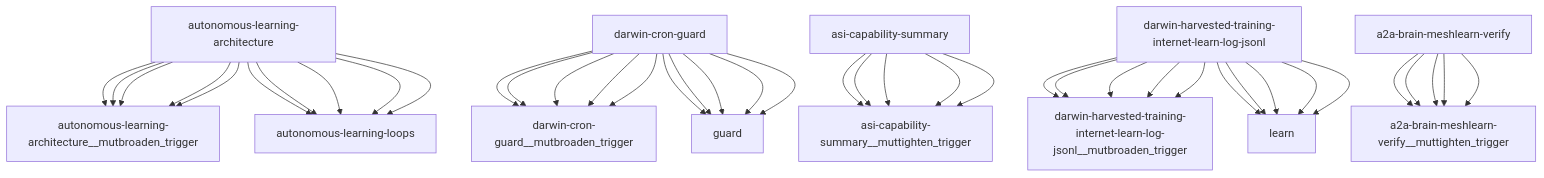
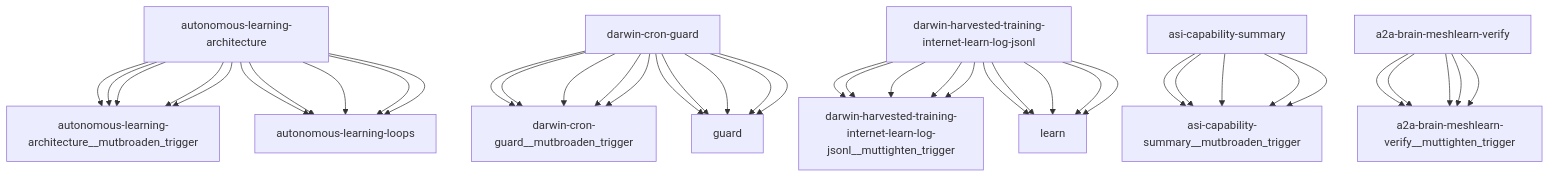
The diagram in reports/darwin-report.md (openamer-max/max-scripts), drawn with Mermaid before and after one commit. The commit also changed other lines of this file and 8 other files, not shown here.

````diff
--- a/reports/darwin-report.md
+++ b/reports/darwin-report.md
@@ -75,43 +75,43 @@
 ```mermaid
 graph TD
     autonomous-learning-architecture["autonomous-learning-architecture"] --> autonomous-learning-architecture__mutbroaden_trigger["autonomous-learning-architecture__mutbroaden_trigger"]
     darwin-cron-guard["darwin-cron-guard"] --> darwin-cron-guard__mutbroaden_trigger["darwin-cron-guard__mutbroaden_trigger"]
-    asi-capability-summary["asi-capability-summary"] --> asi-capability-summary__muttighten_trigger["asi-capability-summary__muttighten_trigger"]
-    darwin-harvested-training-internet-learn-log-jsonl["darwin-harvested-training-internet-learn-log-jsonl"] --> darwin-harvested-training-internet-learn-log-jsonl__mutbroaden_trigger["darwin-harvested-training-internet-learn-log-jsonl__mutbroaden_trigger"]
+    darwin-harvested-training-internet-learn-log-jsonl["darwin-harvested-training-internet-learn-log-jsonl"] --> darwin-harvested-training-internet-learn-log-jsonl__muttighten_trigger["darwin-harvested-training-internet-learn-log-jsonl__muttighten_trigger"]
+    asi-capability-summary["asi-capability-summary"] --> asi-capability-summary__mutbroaden_trigger["asi-capability-summary__mutbroaden_trigger"]
     a2a-brain-meshlearn-verify["a2a-brain-meshlearn-verify"] --> a2a-brain-meshlearn-verify__muttighten_trigger["a2a-brain-meshlearn-verify__muttighten_trigger"]
     autonomous-learning-architecture["autonomous-learning-architecture"] --> autonomous-learning-loops["autonomous-learning-loops"]
     darwin-cron-guard["darwin-cron-guard"] --> guard["guard"]
     darwin-harvested-training-internet-learn-log-jsonl["darwin-harvested-training-internet-learn-log-jsonl"] --> learn["learn"]
     autonomous-learning-architecture["autonomous-learning-architecture"] --> autonomous-learning-architecture__mutbroaden_trigger["autonomous-learning-architecture__mutbroaden_trigger"]
     darwin-cron-guard["darwin-cron-guard"] --> darwin-cron-guard__mutbroaden_trigger["darwin-cron-guard__mutbroaden_trigger"]
-    asi-capability-summary["asi-capability-summary"] --> asi-capability-summary__muttighten_trigger["asi-capability-summary__muttighten_trigger"]
-    darwin-harvested-training-internet-learn-log-jsonl["darwin-harvested-training-internet-learn-log-jsonl"] --> darwin-harvested-training-internet-learn-log-jsonl__mutbroaden_trigger["darwin-harvested-training-internet-learn-log-jsonl__mutbroaden_trigger"]
+    darwin-harvested-training-internet-learn-log-jsonl["darwin-harvested-training-internet-learn-log-jsonl"] --> darwin-harvested-training-internet-learn-log-jsonl__muttighten_trigger["darwin-harvested-training-internet-learn-log-jsonl__muttighten_trigger"]
+    asi-capability-summary["asi-capability-summary"] --> asi-capability-summary__mutbroaden_trigger["asi-capability-summary__mutbroaden_trigger"]
     a2a-brain-meshlearn-verify["a2a-brain-meshlearn-verify"] --> a2a-brain-meshlearn-verify__muttighten_trigger["a2a-brain-meshlearn-verify__muttighten_trigger"]
     autonomous-learning-architecture["autonomous-learning-architecture"] --> autonomous-learning-loops["autonomous-learning-loops"]
     darwin-cron-guard["darwin-cron-guard"] --> guard["guard"]
     darwin-harvested-training-internet-learn-log-jsonl["darwin-harvested-training-internet-learn-log-jsonl"] --> learn["learn"]
     autonomous-learning-architecture["autonomous-learning-architecture"] --> autonomous-learning-architecture__mutbroaden_trigger["autonomous-learning-architecture__mutbroaden_trigger"]
     darwin-cron-guard["darwin-cron-guard"] --> darwin-cron-guard__mutbroaden_trigger["darwin-cron-guard__mutbroaden_trigger"]
-    asi-capability-summary["asi-capability-summary"] --> asi-capability-summary__muttighten_trigger["asi-capability-summary__muttighten_trigger"]
-    darwin-harvested-training-internet-learn-log-jsonl["darwin-harvested-training-internet-learn-log-jsonl"] --> darwin-harvested-training-internet-learn-log-jsonl__mutbroaden_trigger["darwin-harvested-training-internet-learn-log-jsonl__mutbroaden_trigger"]
+    darwin-harvested-training-internet-learn-log-jsonl["darwin-harvested-training-internet-learn-log-jsonl"] --> darwin-harvested-training-internet-learn-log-jsonl__muttighten_trigger["darwin-harvested-training-internet-learn-log-jsonl__muttighten_trigger"]
+    asi-capability-summary["asi-capability-summary"] --> asi-capability-summary__mutbroaden_trigger["asi-capability-summary__mutbroaden_trigger"]
     a2a-brain-meshlearn-verify["a2a-brain-meshlearn-verify"] --> a2a-brain-meshlearn-verify__muttighten_trigger["a2a-brain-meshlearn-verify__muttighten_trigger"]
     autonomous-learning-architecture["autonomous-learning-architecture"] --> autonomous-learning-loops["autonomous-learning-loops"]
     darwin-cron-guard["darwin-cron-guard"] --> guard["guard"]
     darwin-harvested-training-internet-learn-log-jsonl["darwin-harvested-training-internet-learn-log-jsonl"] --> learn["learn"]
     autonomous-learning-architecture["autonomous-learning-architecture"] --> autonomous-learning-architecture__mutbroaden_trigger["autonomous-learning-architecture__mutbroaden_trigger"]
     darwin-cron-guard["darwin-cron-guard"] --> darwin-cron-guard__mutbroaden_trigger["darwin-cron-guard__mutbroaden_trigger"]
-    asi-capability-summary["asi-capability-summary"] --> asi-capability-summary__muttighten_trigger["asi-capability-summary__muttighten_trigger"]
-    darwin-harvested-training-internet-learn-log-jsonl["darwin-harvested-training-internet-learn-log-jsonl"] --> darwin-harvested-training-internet-learn-log-jsonl__mutbroaden_trigger["darwin-harvested-training-internet-learn-log-jsonl__mutbroaden_trigger"]
+    darwin-harvested-training-internet-learn-log-jsonl["darwin-harvested-training-internet-learn-log-jsonl"] --> darwin-harvested-training-internet-learn-log-jsonl__muttighten_trigger["darwin-harvested-training-internet-learn-log-jsonl__muttighten_trigger"]
+    asi-capability-summary["asi-capability-summary"] --> asi-capability-summary__mutbroaden_trigger["asi-capability-summary__mutbroaden_trigger"]
     a2a-brain-meshlearn-verify["a2a-brain-meshlearn-verify"] --> a2a-brain-meshlearn-verify__muttighten_trigger["a2a-brain-meshlearn-verify__muttighten_trigger"]
     autonomous-learning-architecture["autonomous-learning-architecture"] --> autonomous-learning-loops["autonomous-learning-loops"]
     darwin-cron-guard["darwin-cron-guard"] --> guard["guard"]
     darwin-harvested-training-internet-learn-log-jsonl["darwin-harvested-training-internet-learn-log-jsonl"] --> learn["learn"]
     autonomous-learning-architecture["autonomous-learning-architecture"] --> autonomous-learning-architecture__mutbroaden_trigger["autonomous-learning-architecture__mutbroaden_trigger"]
     darwin-cron-guard["darwin-cron-guard"] --> darwin-cron-guard__mutbroaden_trigger["darwin-cron-guard__mutbroaden_trigger"]
-    asi-capability-summary["asi-capability-summary"] --> asi-capability-summary__muttighten_trigger["asi-capability-summary__muttighten_trigger"]
-    darwin-harvested-training-internet-learn-log-jsonl["darwin-harvested-training-internet-learn-log-jsonl"] --> darwin-harvested-training-internet-learn-log-jsonl__mutbroaden_trigger["darwin-harvested-training-internet-learn-log-jsonl__mutbroaden_trigger"]
+    darwin-harvested-training-internet-learn-log-jsonl["darwin-harvested-training-internet-learn-log-jsonl"] --> darwin-harvested-training-internet-learn-log-jsonl__muttighten_trigger["darwin-harvested-training-internet-learn-log-jsonl__muttighten_trigger"]
+    asi-capability-summary["asi-capability-summary"] --> asi-capability-summary__mutbroaden_trigger["asi-capability-summary__mutbroaden_trigger"]
     a2a-brain-meshlearn-verify["a2a-brain-meshlearn-verify"] --> a2a-brain-meshlearn-verify__muttighten_trigger["a2a-brain-meshlearn-verify__muttighten_trigger"]
     autonomous-learning-architecture["autonomous-learning-architecture"] --> autonomous-learning-loops["autonomous-learning-loops"]
     darwin-cron-guard["darwin-cron-guard"] --> guard["guard"]
     darwin-harvested-training-internet-learn-log-jsonl["darwin-harvested-training-internet-learn-log-jsonl"] --> learn["learn"]
 ```
````
